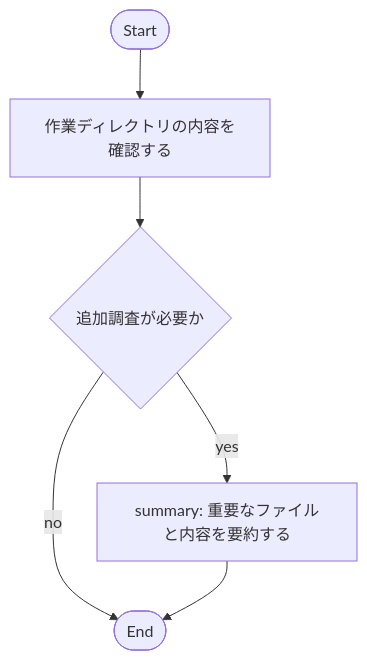
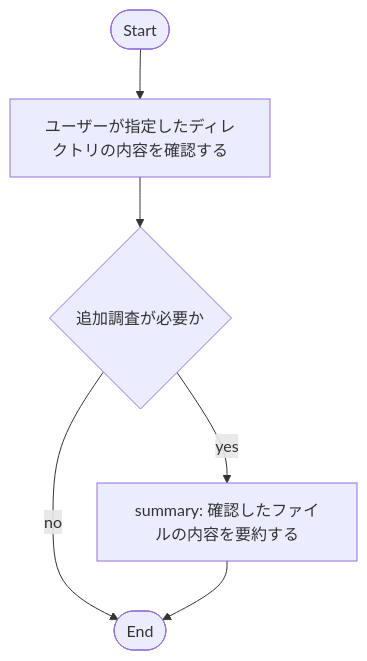
One commit to knd3dayo/ai-chat-util changed the diagram in app/src/ai_chat_util/workflow/samples/data/sample2.md. Above: the diagram before and after it, drawn with Mermaid. The commit also changed other lines of this file and 10 other files, not shown here.

````diff
--- a/app/src/ai_chat_util/workflow/samples/data/sample2.md
+++ b/app/src/ai_chat_util/workflow/samples/data/sample2.md
@@ -9,8 +17,8 @@
 ```mermaid
 flowchart TD
-    Start([Start]) --> Inspect[作業ディレクトリの内容を確認する]
+    Start([Start]) --> Inspect[ユーザーが指定したディレクトリの内容を確認する]
     Inspect --> Decide{追加調査が必要か}
-    Decide -->|yes| Analyze[summary: 重要なファイルと内容を要約する]
+    Decide -->|yes| Analyze[summary: 確認したファイルの内容を要約する]
     Decide -->|no| End([End])
     Analyze --> End
 ```
````
